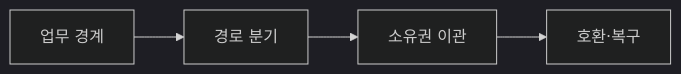
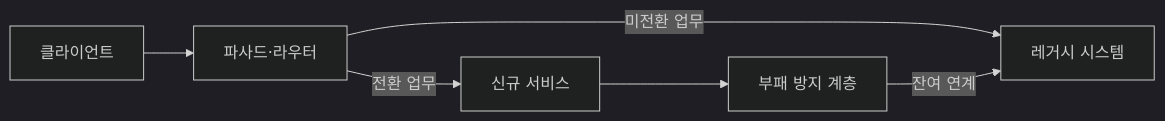
The diagram in src/content/docs/notes/03-software/219_strangler_fig_pattern.md (agnusdei1207/knowledge-base), drawn with Mermaid (dark theme) before and after one commit. The commit also changed other lines of this file and 10 other files, not shown here.

````diff
--- a/src/content/docs/notes/03-software/219_strangler_fig_pattern.md
+++ b/src/content/docs/notes/03-software/219_strangler_fig_pattern.md
@@ -52,6 +52,8 @@
 ```mermaid
 flowchart LR
-    A[업무 경계] --> B[경로 분기]
-    B --> C[소유권 이관]
-    C --> D[호환·복구]
+    C[클라이언트] --> F[파사드·라우터]
+    F -->|미전환 업무| L[레거시 시스템]
+    F -->|전환 업무| N[신규 서비스]
+    N --> A[부패 방지 계층]
+    A -->|잔여 연계| L
 ```
````
